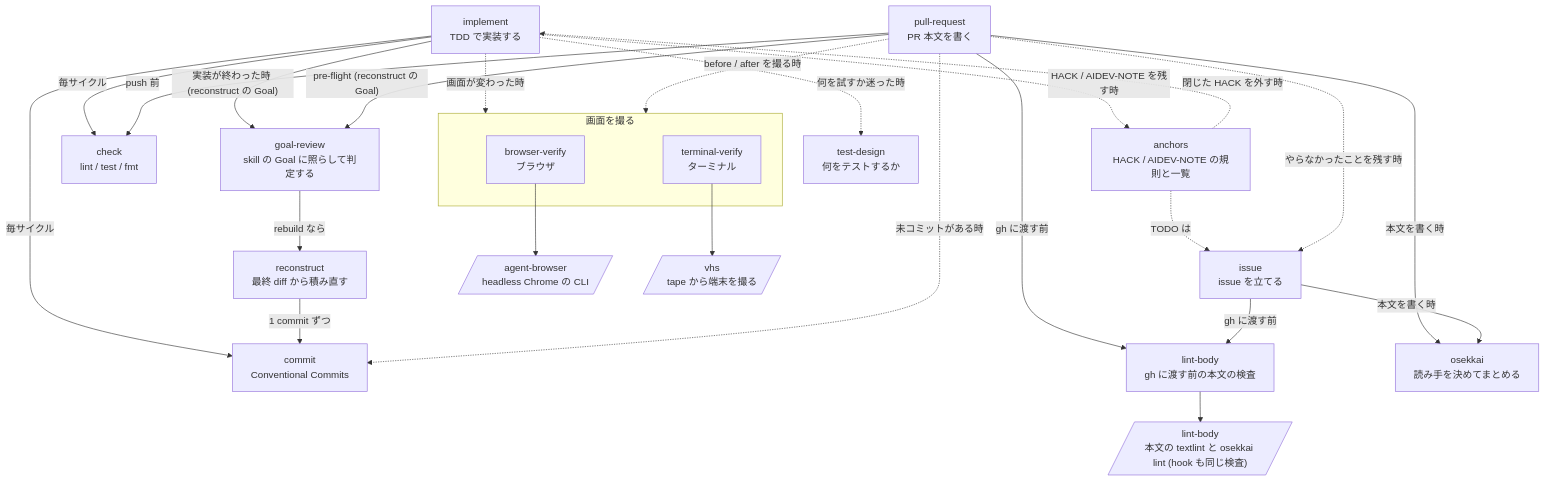
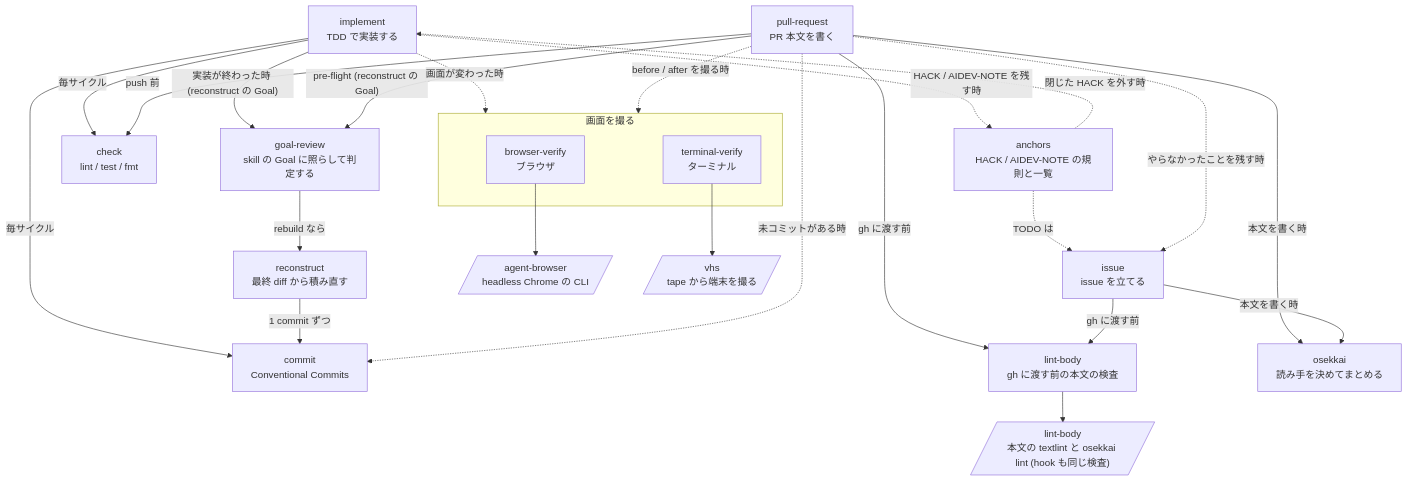
One commit to Xantibody/dotfiles changed the first of 4 diagrams in configs/agents/README.md. Above: the diagram before and after it, drawn with Mermaid. The commit also changed 2 other files, not shown here.

Commit message:
refactor(agents): remove the test-design skill
The skill restated Kent Beck and t-wada testing advice a model already
follows, and the one house technique in it, 0-1-N, is already a step of
implement's cycle. Across five months of transcripts it was never loaded,
even in the seventeen sessions that ran implement and saw the hand-off,
while its description sat in every session's listing.

1c32b5d listed design and test-design again so that implement's hand-off
to them would work; 79f386b removed design for the same reason as this
one, so the hand-off goes with it.

````diff
--- a/configs/agents/README.md
+++ b/configs/agents/README.md
@@ -15,44 +15,42 @@
 ```mermaid
 flowchart TD
   implement["implement<br/>TDD で実装する"]
   check["check<br/>lint / test / fmt"]
   commit["commit<br/>Conventional Commits"]
   gr["goal-review<br/>skill の Goal に照らして判定する"]
   reconstruct["reconstruct<br/>最終 diff から積み直す"]
   pr["pull-request<br/>PR 本文を書く"]
   issue["issue<br/>issue を立てる"]
   lbskill["lint-body<br/>gh に渡す前の本文の検査"]
   osekkai["osekkai<br/>読み手を決めてまとめる"]
   subgraph shot ["画面を撮る"]
     bv["browser-verify<br/>ブラウザ"]
     tv["terminal-verify<br/>ターミナル"]
   end
   anchors["anchors<br/>HACK / AIDEV-NOTE の規則と一覧"]
-  testdesign["test-design<br/>何をテストするか"]
   ab[/"agent-browser<br/>headless Chrome の CLI"/]
   vhs[/"vhs<br/>tape から端末を撮る"/]
   lint[/"lint-body<br/>本文の textlint と osekkai lint (hook も同じ検査)"/]
 
   implement -->|"毎サイクル"| check
   implement -->|"毎サイクル"| commit
   implement -->|"実装が終わった時 (reconstruct の Goal)"| gr
   implement -.->|"画面が変わった時"| shot
-  implement -.->|"何を試すか迷った時"| testdesign
   implement -.->|"HACK / AIDEV-NOTE を残す時"| anchors
   anchors -.->|"閉じた HACK を外す時"| implement
   anchors -.->|"TODO は"| issue
   gr -->|"rebuild なら"| reconstruct
   reconstruct -->|"1 commit ずつ"| commit
   pr -->|"pre-flight (reconstruct の Goal)"| gr
   pr -->|"push 前"| check
   pr -->|"本文を書く時"| osekkai
   pr -->|"gh に渡す前"| lbskill
   pr -.->|"未コミットがある時"| commit
   pr -.->|"before / after を撮る時"| shot
   pr -.->|"やらなかったことを残す時"| issue
   issue -->|"本文を書く時"| osekkai
   issue -->|"gh に渡す前"| lbskill
   lbskill --> lint
   bv --> ab
   tv --> vhs
 ```
````
